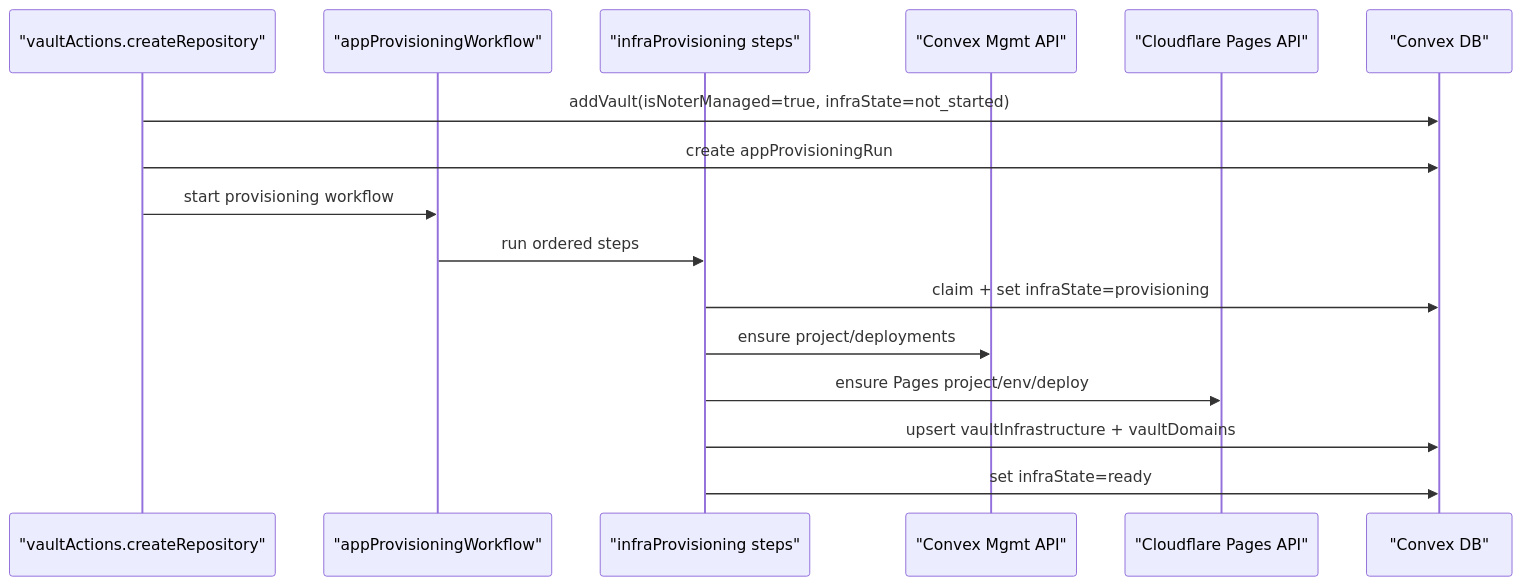
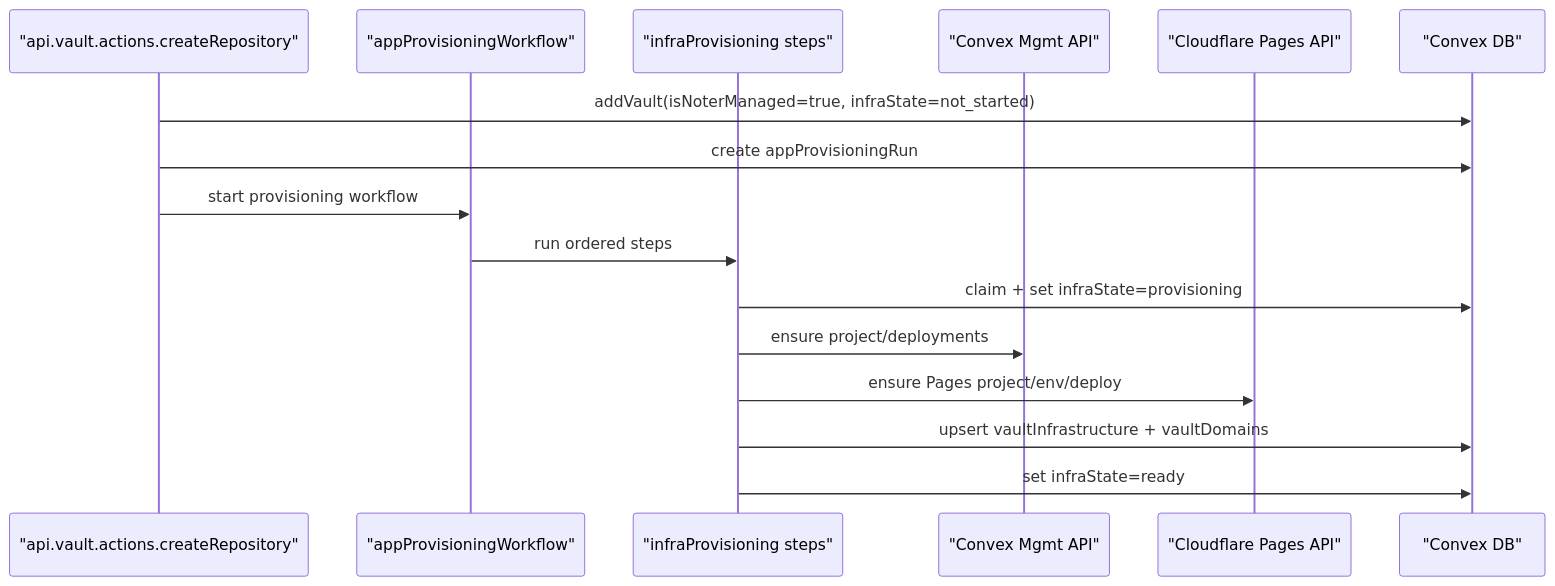
One commit to samebase/samebase changed the diagram in specs/003_VAULT_INFRA_PROVISIONING_SPEC.md. Above: the diagram before and after it, drawn with Mermaid. The commit also changed other lines of this file and 4 other files, not shown here.

````diff
--- a/specs/003_VAULT_INFRA_PROVISIONING_SPEC.md
+++ b/specs/003_VAULT_INFRA_PROVISIONING_SPEC.md
@@ -133,19 +135,19 @@
 ```mermaid
 sequenceDiagram
-  participant VA as "vaultActions.createRepository"
+  participant VA as "api.vault.actions.createRepository"
   participant WF as "appProvisioningWorkflow"
   participant IP as "infraProvisioning steps"
   participant CVX as "Convex Mgmt API"
   participant CFL as "Cloudflare Pages API"
   participant DB as "Convex DB"
 
   VA->>DB: addVault(isNoterManaged=true, infraState=not_started)
   VA->>DB: create appProvisioningRun
   VA->>WF: start provisioning workflow
   WF->>IP: run ordered steps
   IP->>DB: claim + set infraState=provisioning
   IP->>CVX: ensure project/deployments
   IP->>CFL: ensure Pages project/env/deploy
   IP->>DB: upsert vaultInfrastructure + vaultDomains
   IP->>DB: set infraState=ready
 ```
````
